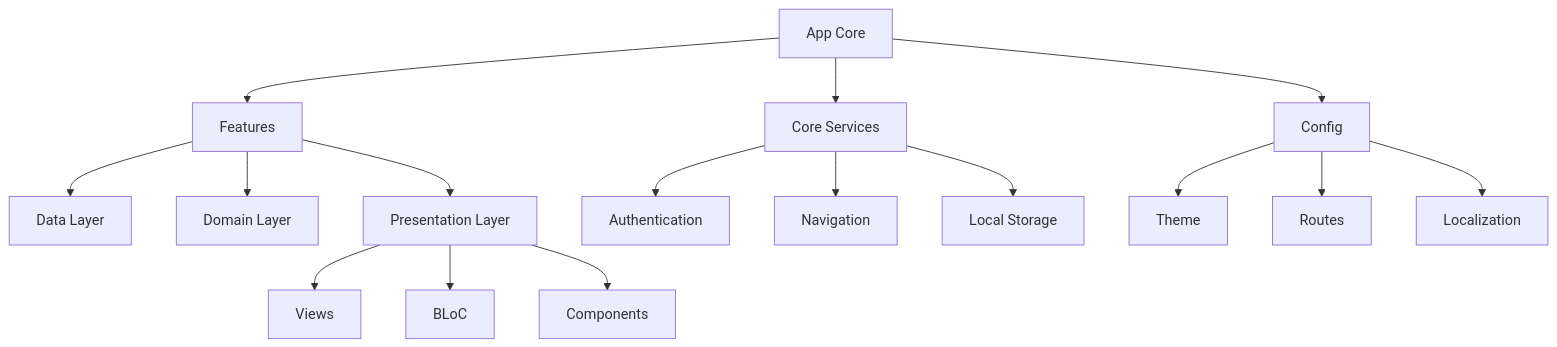
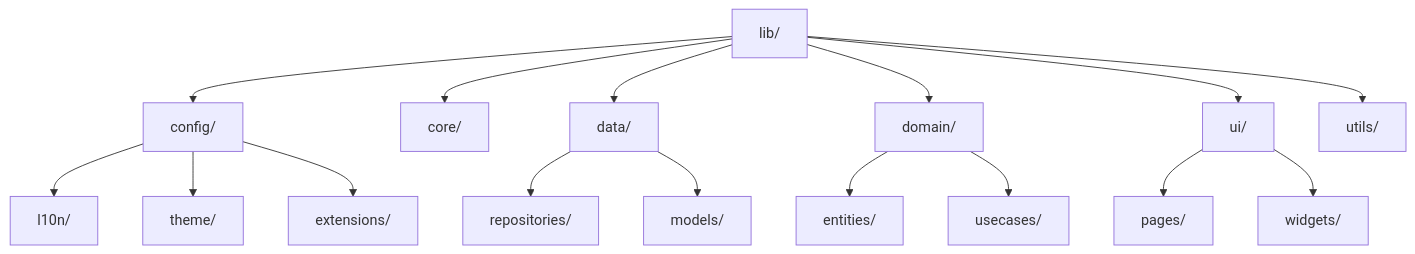
The diagram in README.md (najeebaslan/netwisepro), drawn with Mermaid before and after one commit. The commit also changed other lines of this file, not shown here.

````diff
--- a/README.md
+++ b/README.md
@@ -182,22 +139,22 @@
 ```mermaid
-graph TD
-    A[App Core] --> B[Features]
-    A --> C[Core Services]
-    A --> D[Config]
+flowchart TD
+    A[lib/] --> B[config/]
+    A --> C[core/]
+    A --> D[data/]
+    A --> E[domain/]
+    A --> F[ui/]
+    A --> G[utils/]
     
-    B --> B1[Data Layer]
-    B --> B2[Domain Layer]
-    B --> B3[Presentation Layer]
+    B --> B1[l10n/]
+    B --> B2[theme/]
+    B --> B3[extensions/]
     
-    B3 --> E1[Views]
-    B3 --> E2[BLoC]
-    B3 --> E3[Components]
+    F --> F1[pages/]
+    F --> F2[widgets/]
     
-    C --> C1[Authentication]
-    C --> C2[Navigation]
-    C --> C3[Local Storage]
+    D --> D1[repositories/]
+    D --> D2[models/]
     
-    D --> D1[Theme]
-    D --> D2[Routes]
-    D --> D3[Localization]
+    E --> E1[entities/]
+    E --> E2[usecases/]
 ```
````
